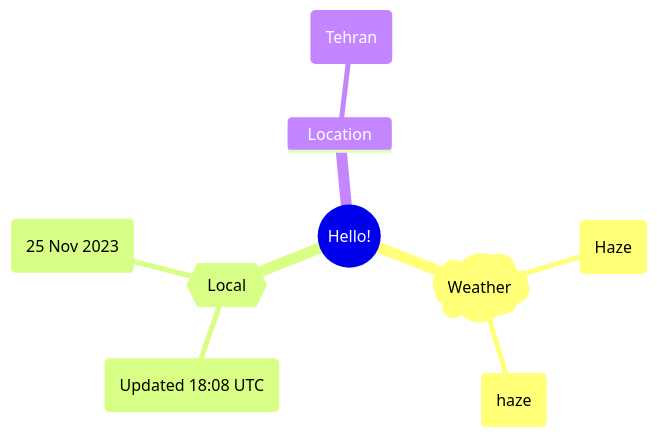
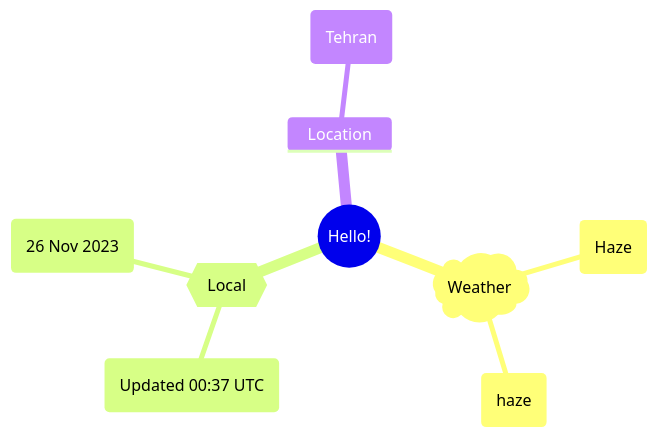
The first of 2 diagrams in README.md (Xosrov/Xosrov), drawn with Mermaid before and after one commit.

Commit message:
[bot] updated images

````diff
--- a/README.md
+++ b/README.md
@@ -3,12 +3,12 @@
 ```mermaid
 mindmap
   root((Hello!))
     )Weather(
         (Haze)
         (haze)
     {{Local}}
-        (Updated 18:08 UTC)
-        (25 Nov 2023)
+        (Updated 00:37 UTC)
+        (26 Nov 2023)
     Location
         (Tehran)
 ```
````
